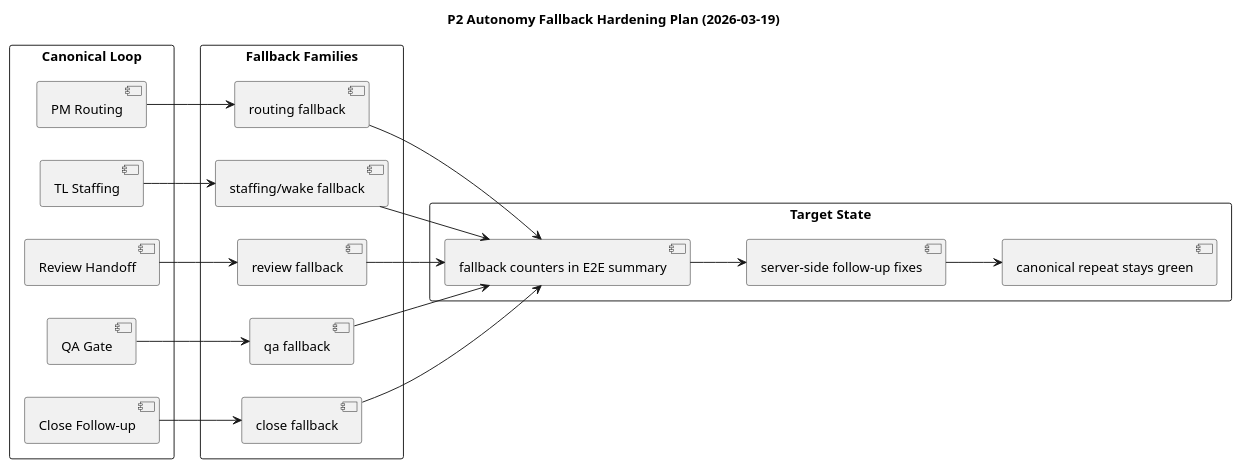
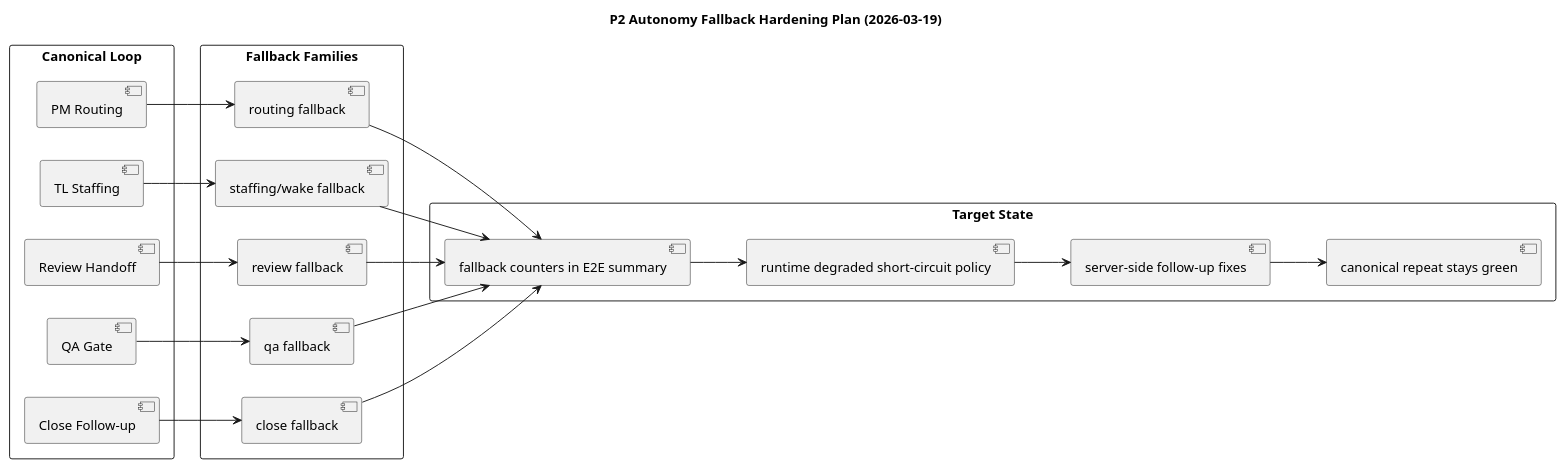
One commit to twpark-ops/squadrail changed the diagram in docs/exec-plans/active/p2-autonomy-fallback-hardening-plan-2026-03-19.puml. Above: the diagram before and after it, drawn with PlantUML. The commit also changed 4 other files, not shown here.

Commit message:
fix(reliability): short-circuit degraded supervisory fallback lanes

```diff
--- a/docs/exec-plans/active/p2-autonomy-fallback-hardening-plan-2026-03-19.puml
+++ b/docs/exec-plans/active/p2-autonomy-fallback-hardening-plan-2026-03-19.puml
@@ -1,43 +1,45 @@
 @startuml
 title P2 Autonomy Fallback Hardening Plan (2026-03-19)
 
 left to right direction
 skinparam packageStyle rectangle
 
 package "Canonical Loop" {
   [PM Routing] as PM
   [TL Staffing] as TL
   [Review Handoff] as Review
   [QA Gate] as QA
   [Close Follow-up] as Close
 }
 
 package "Fallback Families" {
   [routing fallback] as F1
   [staffing/wake fallback] as F2
   [review fallback] as F3
   [qa fallback] as F4
   [close fallback] as F5
 }
 
 package "Target State" {
   [fallback counters in E2E summary] as Counters
+  [runtime degraded short-circuit policy] as RuntimePolicy
   [server-side follow-up fixes] as ServerFix
   [canonical repeat stays green] as Green
 }
 
 PM --> F1
 TL --> F2
 Review --> F3
 QA --> F4
 Close --> F5
 
 F1 --> Counters
 F2 --> Counters
 F3 --> Counters
 F4 --> Counters
 F5 --> Counters
 
-Counters --> ServerFix
+Counters --> RuntimePolicy
+RuntimePolicy --> ServerFix
 ServerFix --> Green
 @enduml
```
